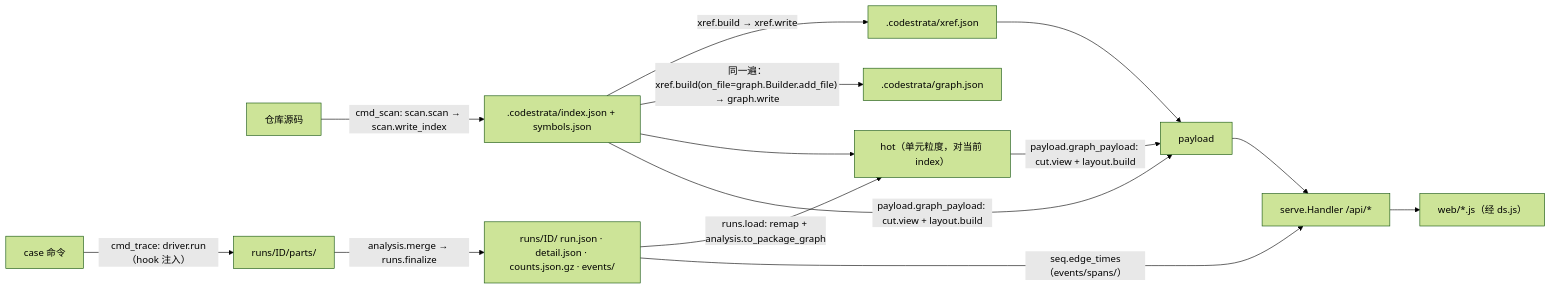
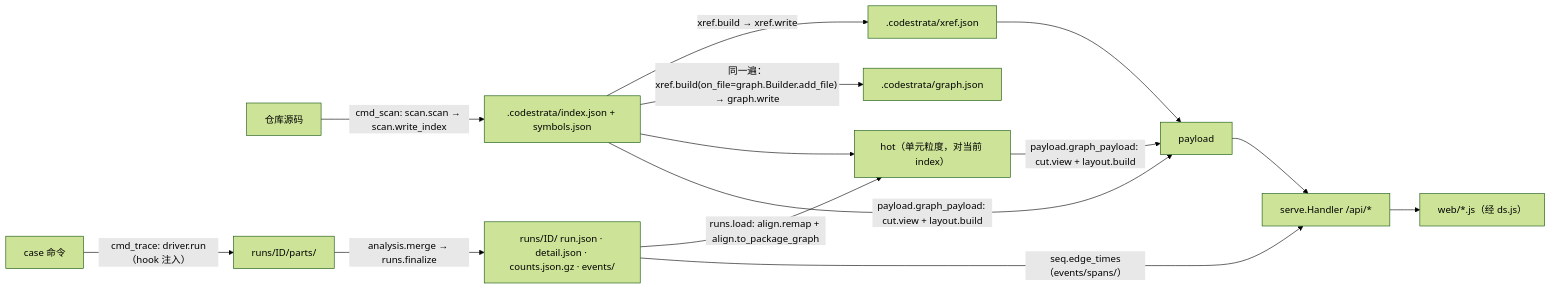
Before and after one commit to noviorlu/codestrata: the diagram in docs/ARCHITECTURE.md, drawn with Mermaid (forest theme). The commit also changed other lines of this file and 10 other files, not shown here.

````diff
--- a/docs/ARCHITECTURE.md
+++ b/docs/ARCHITECTURE.md
@@ -41,15 +41,15 @@
 ```mermaid
 flowchart LR
   SRC["仓库源码"] -->|"cmd_scan: scan.scan → scan.write_index"| IDX[".codestrata/index.json + symbols.json"]
   IDX -->|"xref.build → xref.write"| XR[".codestrata/xref.json"]
   IDX -->|"同一遍：xref.build(on_file=graph.Builder.add_file) → graph.write"| GR[".codestrata/graph.json"]
   CMD["case 命令"] -->|"cmd_trace: driver.run（hook 注入）"| PARTS["runs/ID/parts/"]
   PARTS -->|"analysis.merge → runs.finalize"| RUN["runs/ID/ run.json · detail.json · counts.json.gz · events/"]
-  RUN -->|"runs.load: remap + analysis.to_package_graph"| HOT["hot（单元粒度，对当前 index）"]
+  RUN -->|"runs.load: align.remap + align.to_package_graph"| HOT["hot（单元粒度，对当前 index）"]
   IDX --> HOT
   IDX & HOT -->|"payload.graph_payload: cut.view + layout.build"| PL["payload"]
   XR --> PL
   RUN -->|"seq.edge_times（events/spans/）"| API
   PL --> API["serve.Handler /api/*"]
   API --> WEB["web/*.js（经 ds.js）"]
 ```
````
